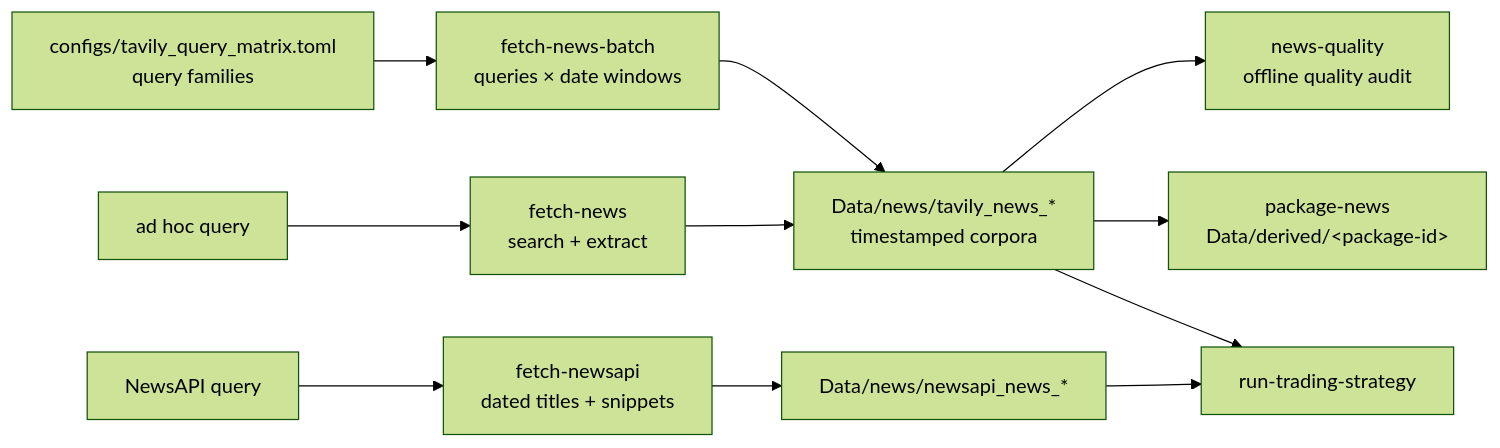
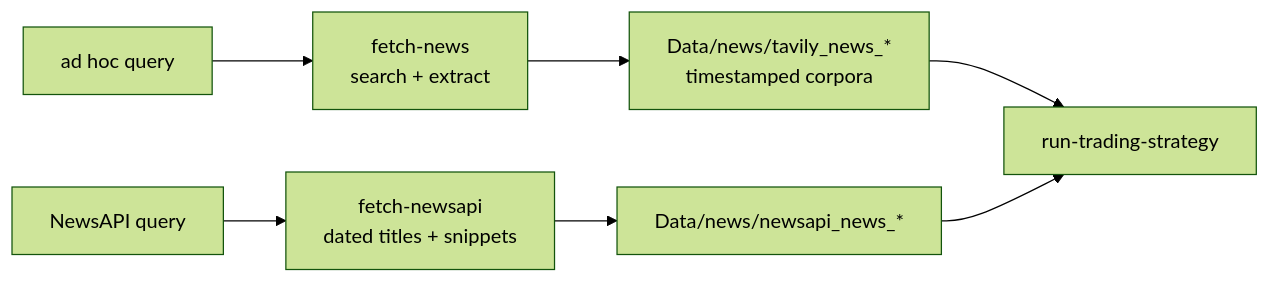
Before and after one commit to PeterLP123/Sentiment_Dissertation: the diagram in docs/news_sourcing.md, drawn with Mermaid (forest theme). The commit also changed other lines of this file and 62 other files, not shown here.

````diff
--- a/docs/news_sourcing.md
+++ b/docs/news_sourcing.md
@@ -13,13 +13,9 @@
 ```mermaid
 flowchart LR
-    QM["configs/tavily_query_matrix.toml<br/>query families"] --> FB["fetch-news-batch<br/>queries × date windows"]
     Q["ad hoc query"] --> FN["fetch-news<br/>search + extract"]
     NA["NewsAPI query"] --> FNA["fetch-newsapi<br/>dated titles + snippets"]
-    FB --> C["Data/news/tavily_news_*<br/>timestamped corpora"]
-    FN --> C
+    FN --> C["Data/news/tavily_news_*<br/>timestamped corpora"]
     FNA --> CN["Data/news/newsapi_news_*"]
-    C --> NQ["news-quality<br/>offline quality audit"]
-    C --> PK["package-news<br/>Data/derived/&lt;package-id&gt;"]
     C --> TS["run-trading-strategy"]
     CN --> TS
 ```
````
